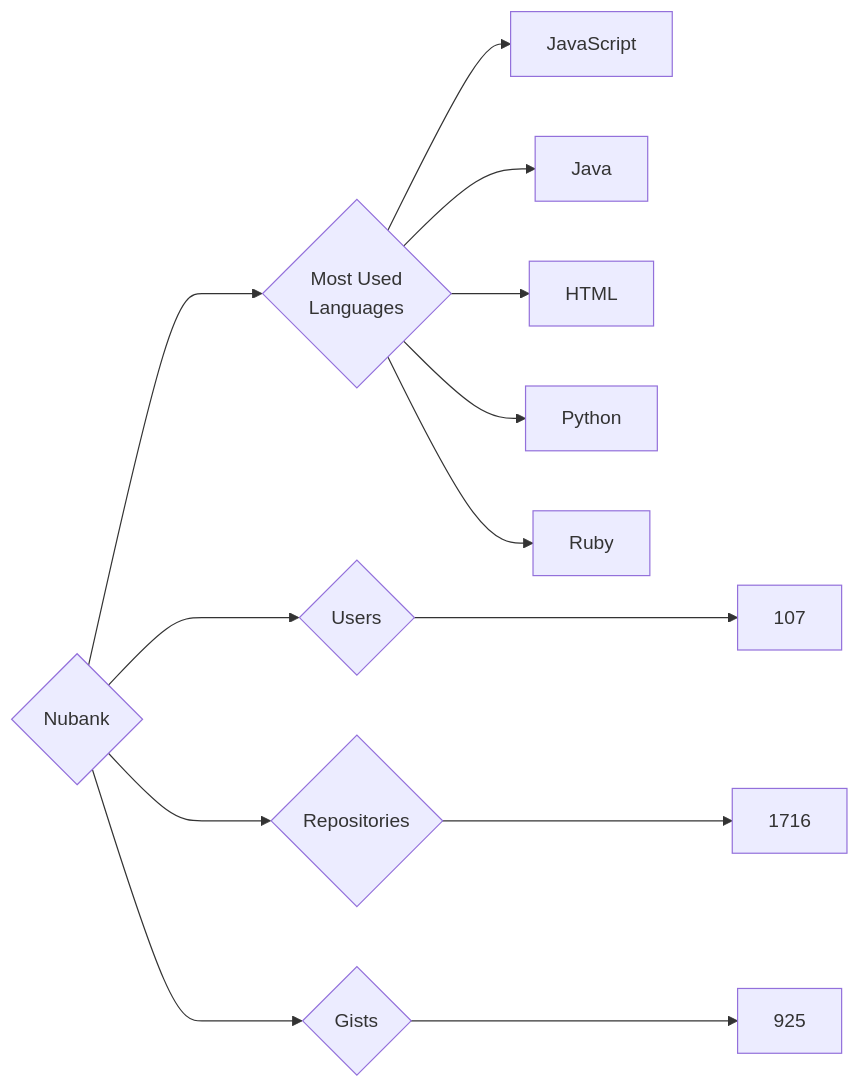
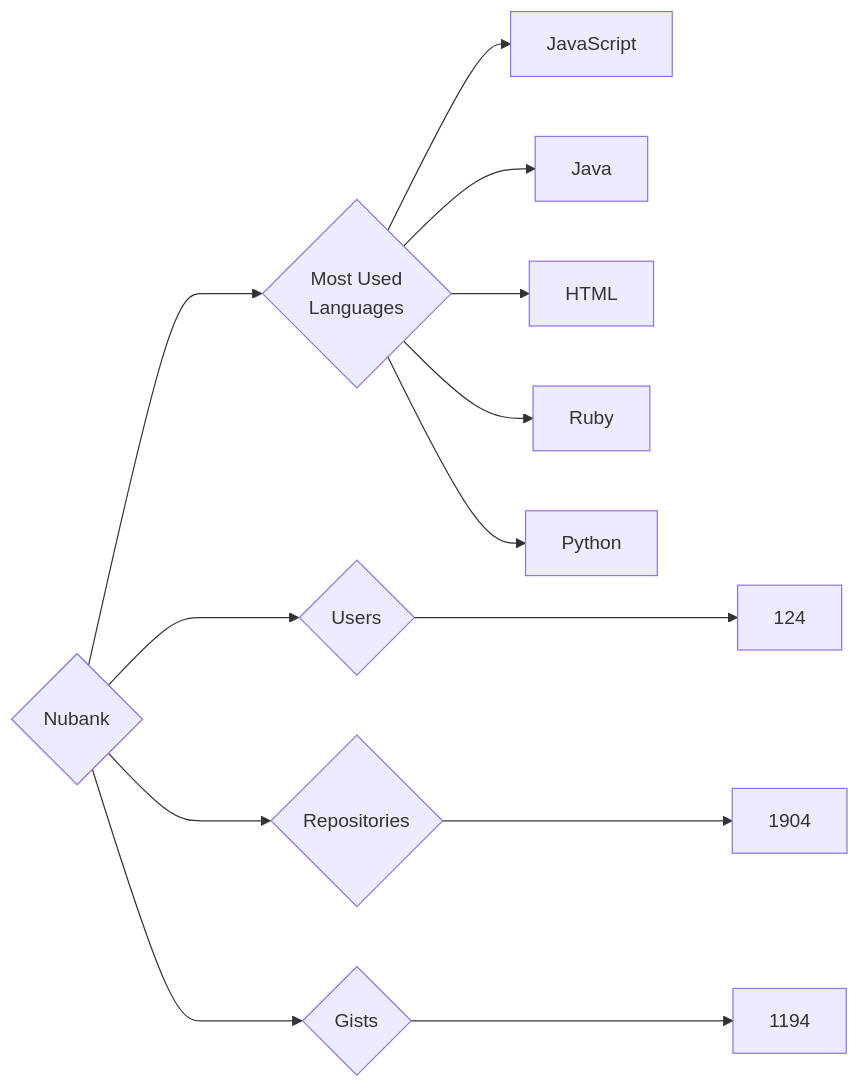
Before and after one commit to trickest/insiders: the diagram in targets/Nubank/README.md, drawn with Mermaid. The commit also changed 940 other files, not shown here.

````diff
--- a/targets/Nubank/README.md
+++ b/targets/Nubank/README.md
@@ -3,13 +3,13 @@
 ```mermaid
 graph LR
 COMPANY_NAME{Nubank}
-COMPANY_NAME ---> U{Users} ---> UN[107]
-COMPANY_NAME ---> R{Repositories} ---> RN[1716]
-COMPANY_NAME ---> G{Gists} ---> GN[925]
+COMPANY_NAME ---> U{Users} ---> UN[124]
+COMPANY_NAME ---> R{Repositories} ---> RN[1904]
+COMPANY_NAME ---> G{Gists} ---> GN[1194]
 COMPANY_NAME ---> ML{Most Used<br>Languages}
 ML --> JavaScript[JavaScript]
 ML --> Java[Java]
 ML --> HTML[HTML]
+ML --> Ruby[Ruby]
 ML --> Python[Python]
-ML --> Ruby[Ruby]
 ```
````
